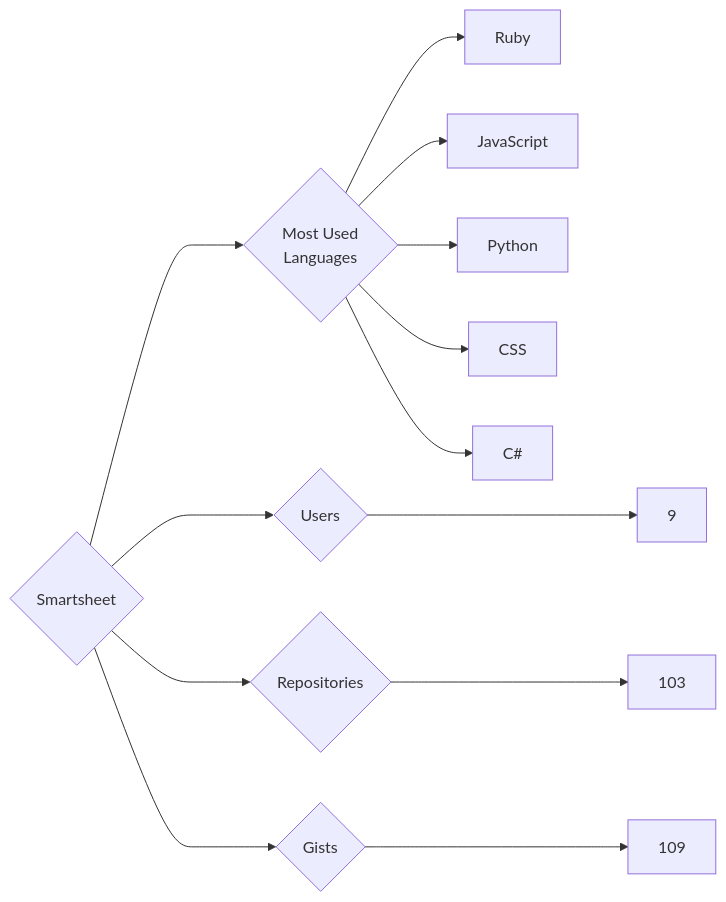
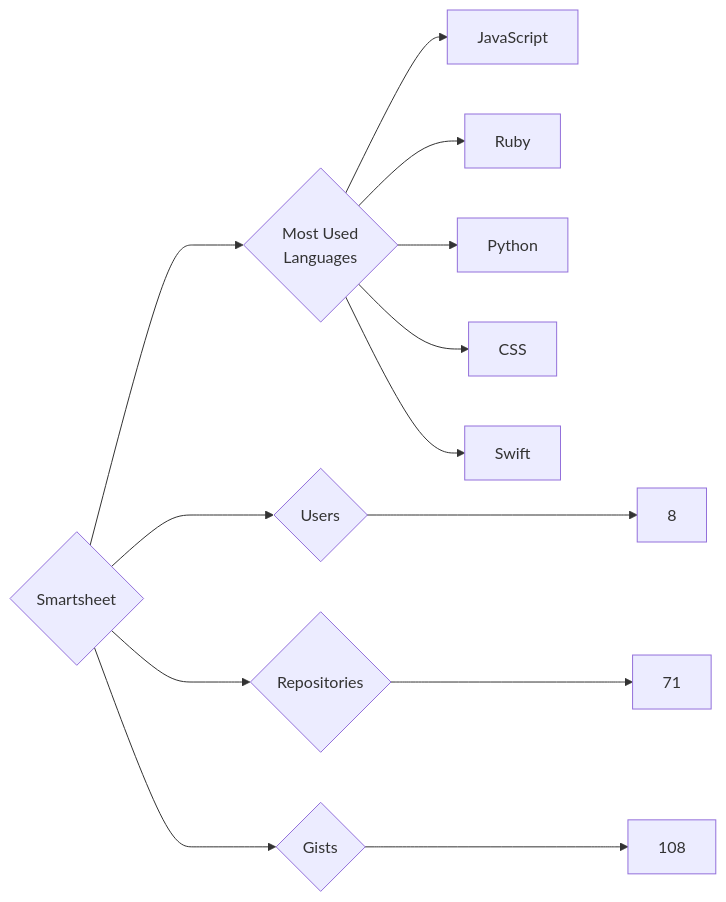
One commit to trickest/insiders changed the diagram in targets/Smartsheet/README.md. Above: the diagram before and after it, drawn with Mermaid. The commit also changed 1508 other files, not shown here.

````diff
--- a/targets/Smartsheet/README.md
+++ b/targets/Smartsheet/README.md
@@ -3,13 +3,13 @@
 ```mermaid
 graph LR
 COMPANY_NAME{Smartsheet}
-COMPANY_NAME ---> U{Users} ---> UN[9]
-COMPANY_NAME ---> R{Repositories} ---> RN[103]
-COMPANY_NAME ---> G{Gists} ---> GN[109]
+COMPANY_NAME ---> U{Users} ---> UN[8]
+COMPANY_NAME ---> R{Repositories} ---> RN[71]
+COMPANY_NAME ---> G{Gists} ---> GN[108]
 COMPANY_NAME ---> ML{Most Used<br>Languages}
+ML --> JavaScript[JavaScript]
 ML --> Ruby[Ruby]
-ML --> JavaScript[JavaScript]
 ML --> Python[Python]
 ML --> CSS[CSS]
-ML --> C#[C#]
+ML --> Swift[Swift]
 ```
````
